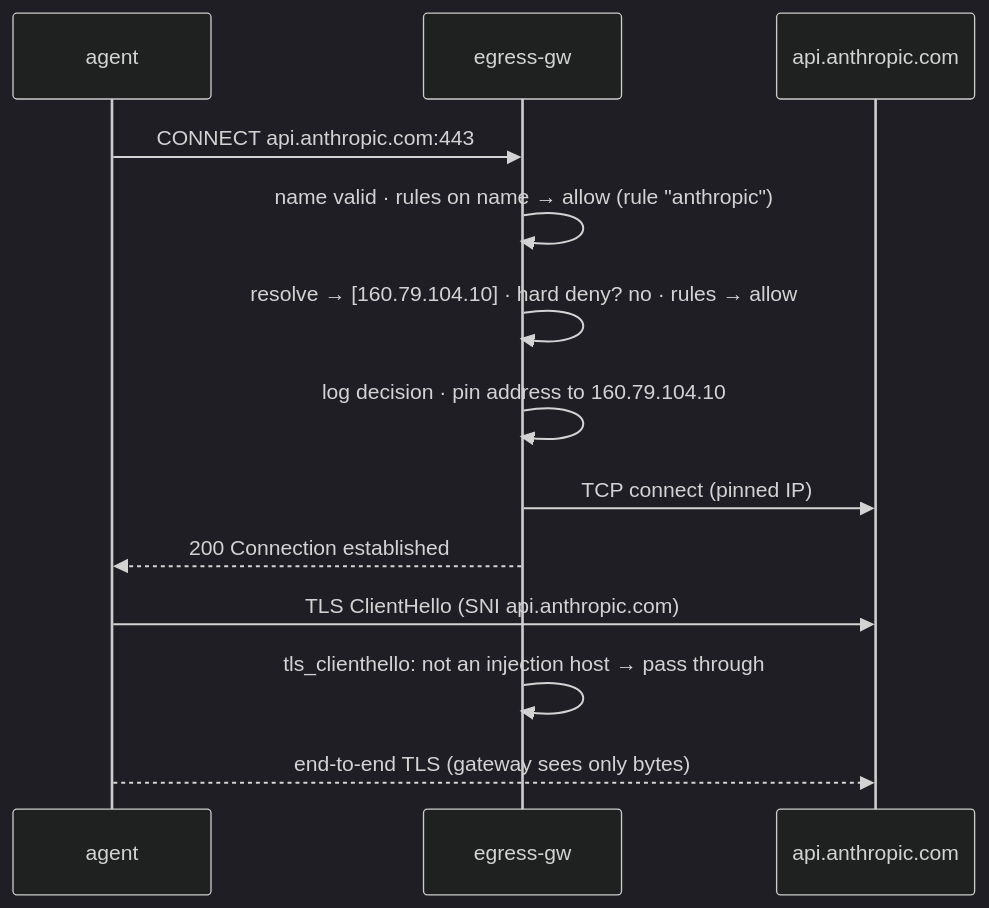
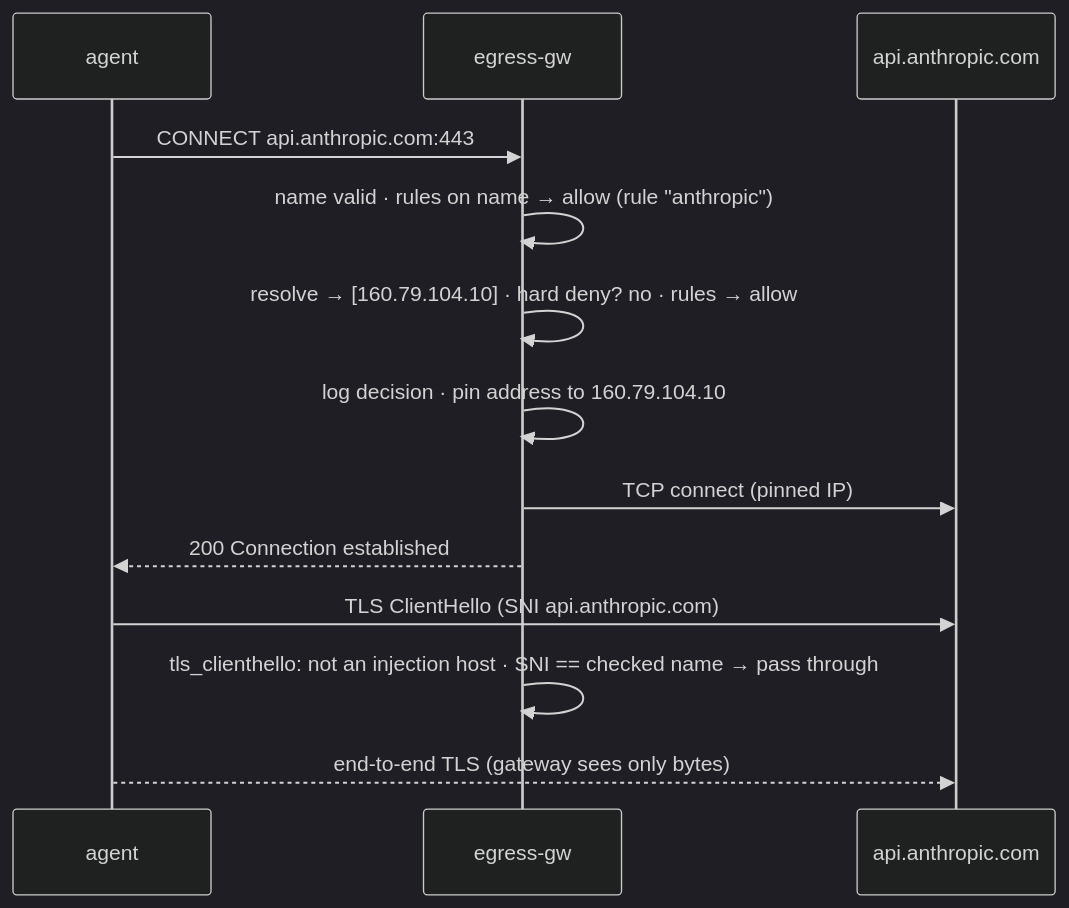
The third of 6 diagrams in docs/architecture.md (PhilippMundhenk/tallygate), drawn with Mermaid (dark theme) before and after one commit. The commit also changed other lines of this file and 8 other files, not shown here.

First line of the commit message:
fix: bind the TLS SNI and the HTTP Host to the checked name (#57)

````diff
--- a/docs/architecture.md
+++ b/docs/architecture.md
@@ -110,15 +110,15 @@
 ```mermaid
 sequenceDiagram
     participant A as agent
     participant G as egress-gw
     participant S as api.anthropic.com
     A->>G: CONNECT api.anthropic.com:443
     G->>G: name valid · rules on name → allow (rule "anthropic")
     G->>G: resolve → [160.79.104.10] · hard deny? no · rules → allow
     G->>G: log decision · pin address to 160.79.104.10
     G->>S: TCP connect (pinned IP)
     G-->>A: 200 Connection established
     A->>S: TLS ClientHello (SNI api.anthropic.com)
-    G->>G: tls_clienthello: not an injection host → pass through
+    G->>G: tls_clienthello: not an injection host · SNI == checked name → pass through
     A-->>S: end-to-end TLS (gateway sees only bytes)
 ```
````
